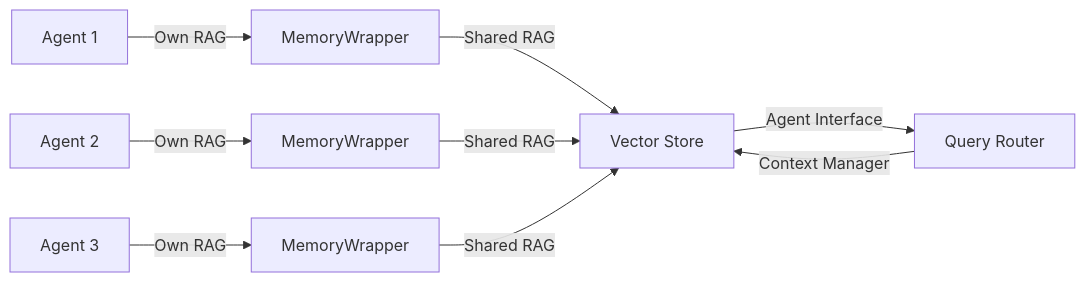
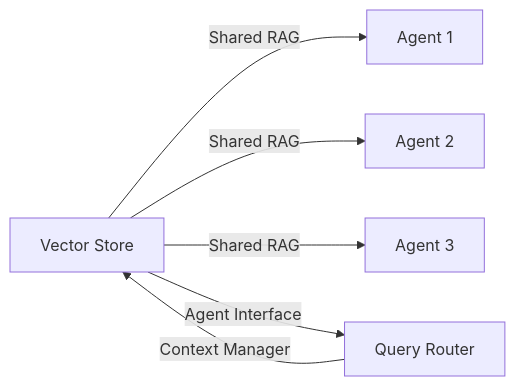
One commit to The-Swarm-Corporation/AgentRAGProtocol changed the second of 2 diagrams in README.md. Above: the diagram before and after it, drawn with Mermaid.

Commit message:
[CLEANUP]

````diff
--- a/README.md
+++ b/README.md
@@ -109,13 +109,9 @@
 ```mermaid
 graph LR
-    A[Agent 1] -->|Own RAG| A1[MemoryWrapper]
-    B[Agent 2] -->|Own RAG| B1[MemoryWrapper]
-    C[Agent 3] -->|Own RAG| C1[MemoryWrapper]
-    A1 -->|Shared RAG| D[Vector Store]
-    B1 -->|Shared RAG| D
-    C1 -->|Shared RAG| D
+    D[Vector Store] -->|Shared RAG| A[Agent 1]
+    D -->|Shared RAG| B[Agent 2]
+    D -->|Shared RAG| C[Agent 3]
     D -->|Agent Interface| E[Query Router]
     E -->|Context Manager| D
     class D shared;
-    class A1,B1,C1 own;
 ```
````
